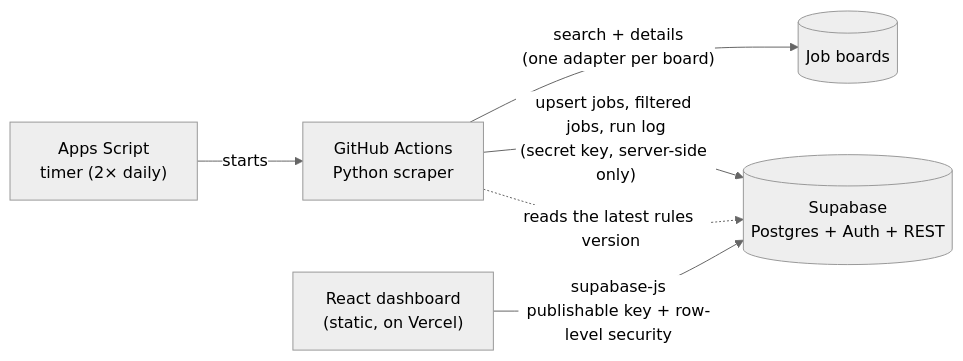
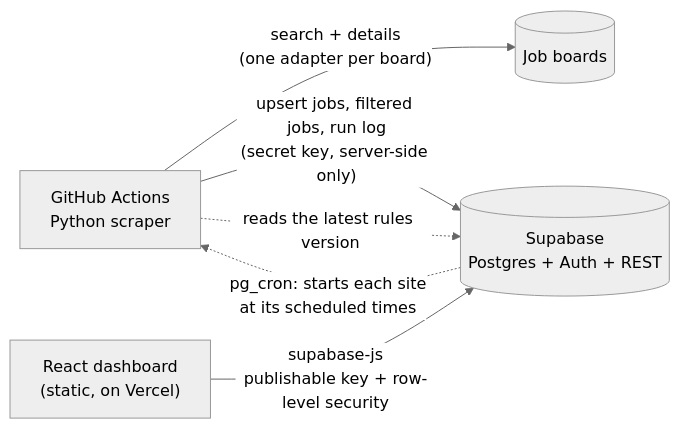
The diagram in README.md (CedRaf/jobtracker), drawn with Mermaid (neutral theme) before and after one commit. The commit also changed other lines of this file and 26 other files, not shown here.

Commit message:
feat: per-site schedules with a Supabse pg_cron scheduler

````diff
--- a/README.md
+++ b/README.md
@@ -27,8 +27,8 @@
 ```mermaid
 flowchart LR
-    T["Apps Script<br/>timer (2× daily)"] -->|starts| GA["GitHub Actions<br/>Python scraper"]
-    GA -->|"search + details<br/>(one adapter per board)"| JB[(Job boards)]
+    GA["GitHub Actions<br/>Python scraper"] -->|"search + details<br/>(one adapter per board)"| JB[(Job boards)]
     GA -->|"upsert jobs, filtered jobs, run log<br/>(secret key, server-side only)"| DB[("Supabase<br/>Postgres + Auth + REST")]
     GA -.->|"reads the latest rules version"| DB
+    DB -.->|"pg_cron: starts each site<br/>at its scheduled times"| GA
     W["React dashboard<br/>(static, on Vercel)"] -->|"supabase-js<br/>publishable key + row-level security"| DB
 ```
````
